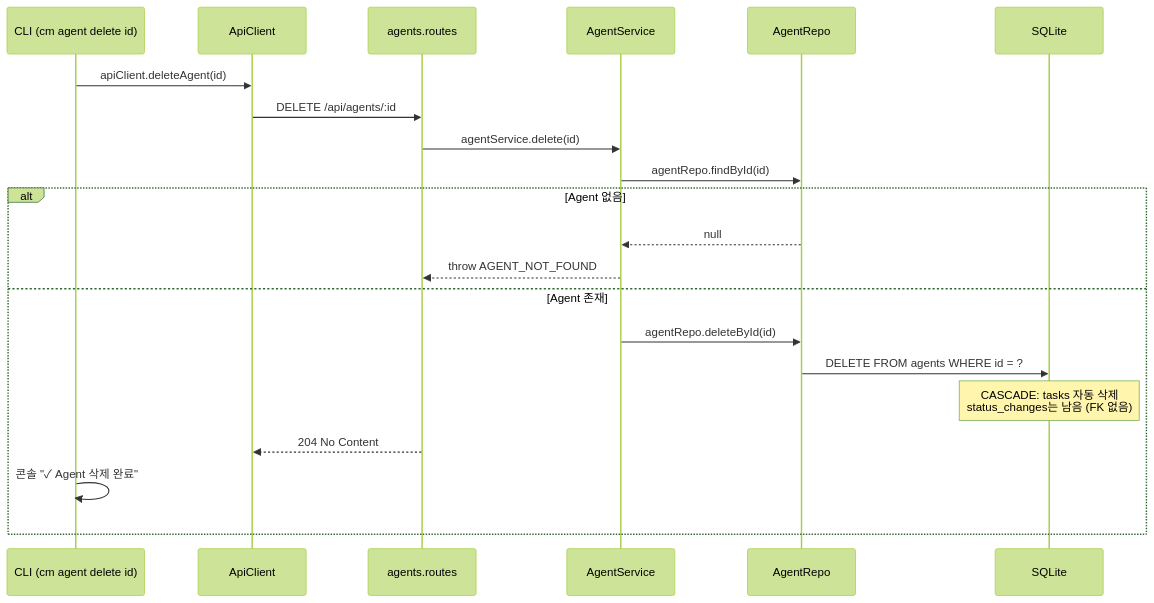
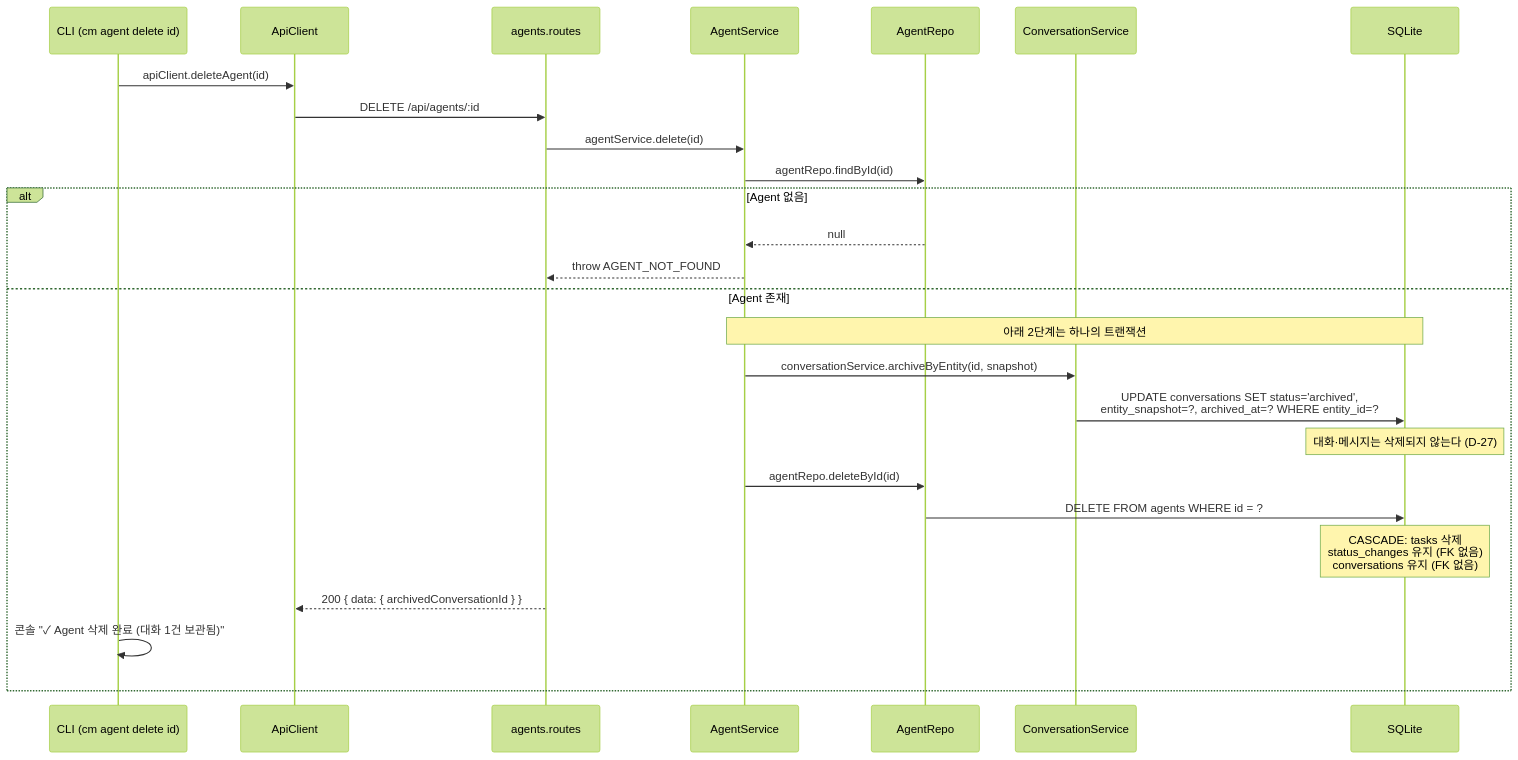
Before and after one commit to AI-Agent-Jeon/ClaudeManager-v2: diagram 13 of 18 in docs/design/des-004-sequence-dataflow.md, drawn with Mermaid (forest theme). The commit also changed other lines of this file and 2 other files, not shown here.

````diff
--- a/docs/design/des-004-sequence-dataflow.md
+++ b/docs/design/des-004-sequence-dataflow.md
@@ -720,24 +972,29 @@
 ```mermaid
 sequenceDiagram
     participant CLI as CLI (cm agent delete id)
     participant AC as ApiClient
     participant R as agents.routes
     participant S as AgentService
     participant AR as AgentRepo
+    participant CS as ConversationService
     participant DB as SQLite
 
     CLI->>AC: apiClient.deleteAgent(id)
     AC->>R: DELETE /api/agents/:id
     R->>S: agentService.delete(id)
     S->>AR: agentRepo.findById(id)
     alt Agent 없음
         AR-->>S: null
         S-->>R: throw AGENT_NOT_FOUND
     else Agent 존재
+        Note over S,DB: 아래 2단계는 하나의 트랜잭션
+        S->>CS: conversationService.archiveByEntity(id, snapshot)
+        CS->>DB: UPDATE conversations SET status='archived',<br>entity_snapshot=?, archived_at=? WHERE entity_id=?
+        Note over DB: 대화·메시지는 삭제되지 않는다 (D-27)
         S->>AR: agentRepo.deleteById(id)
         AR->>DB: DELETE FROM agents WHERE id = ?
-        Note over DB: CASCADE: tasks 자동 삭제<br>status_changes는 남음 (FK 없음)
-        R-->>AC: 204 No Content
-        CLI->>CLI: 콘솔 "✓ Agent 삭제 완료"
+        Note over DB: CASCADE: tasks 삭제<br>status_changes 유지 (FK 없음)<br>conversations 유지 (FK 없음)
+        R-->>AC: 200 { data: { archivedConversationId } }
+        CLI->>CLI: 콘솔 "✓ Agent 삭제 완료 (대화 1건 보관됨)"
     end
 ```
````
